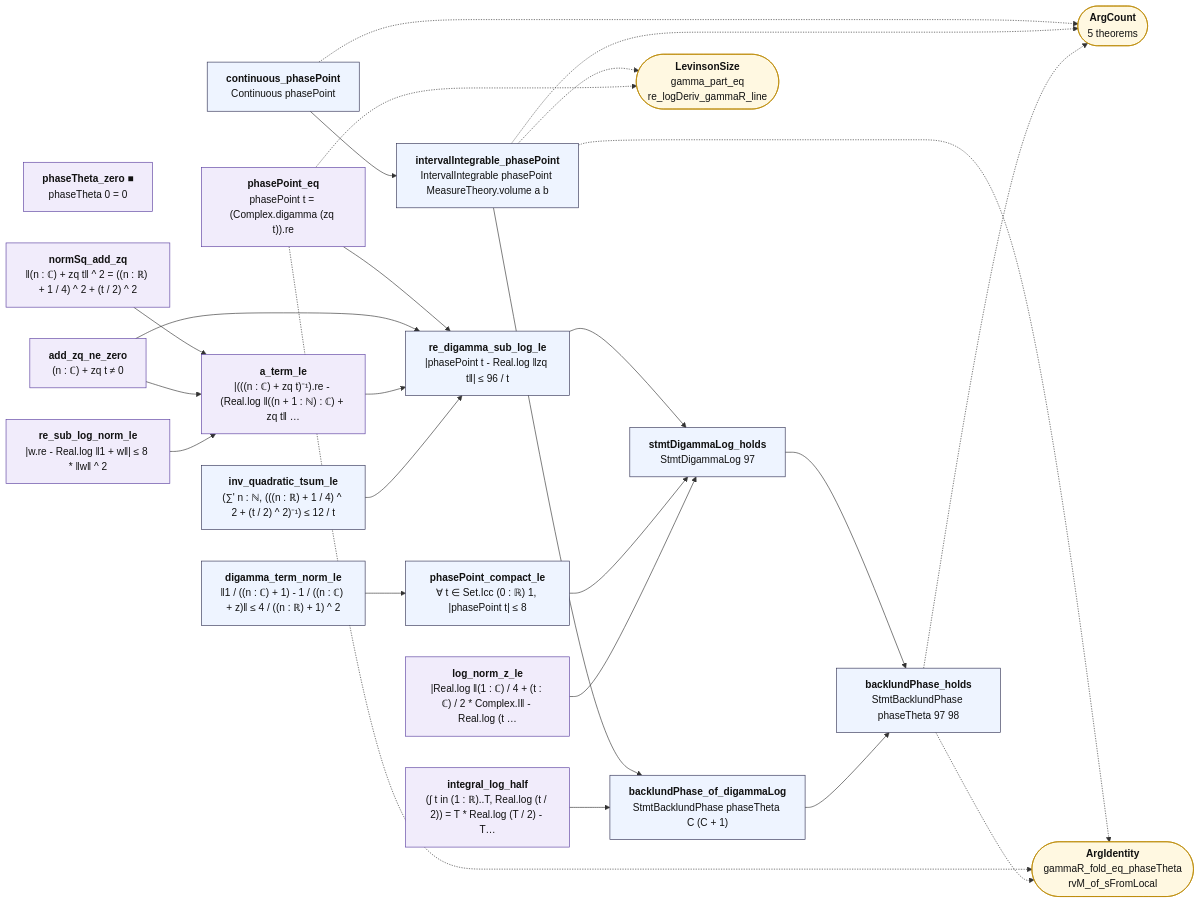
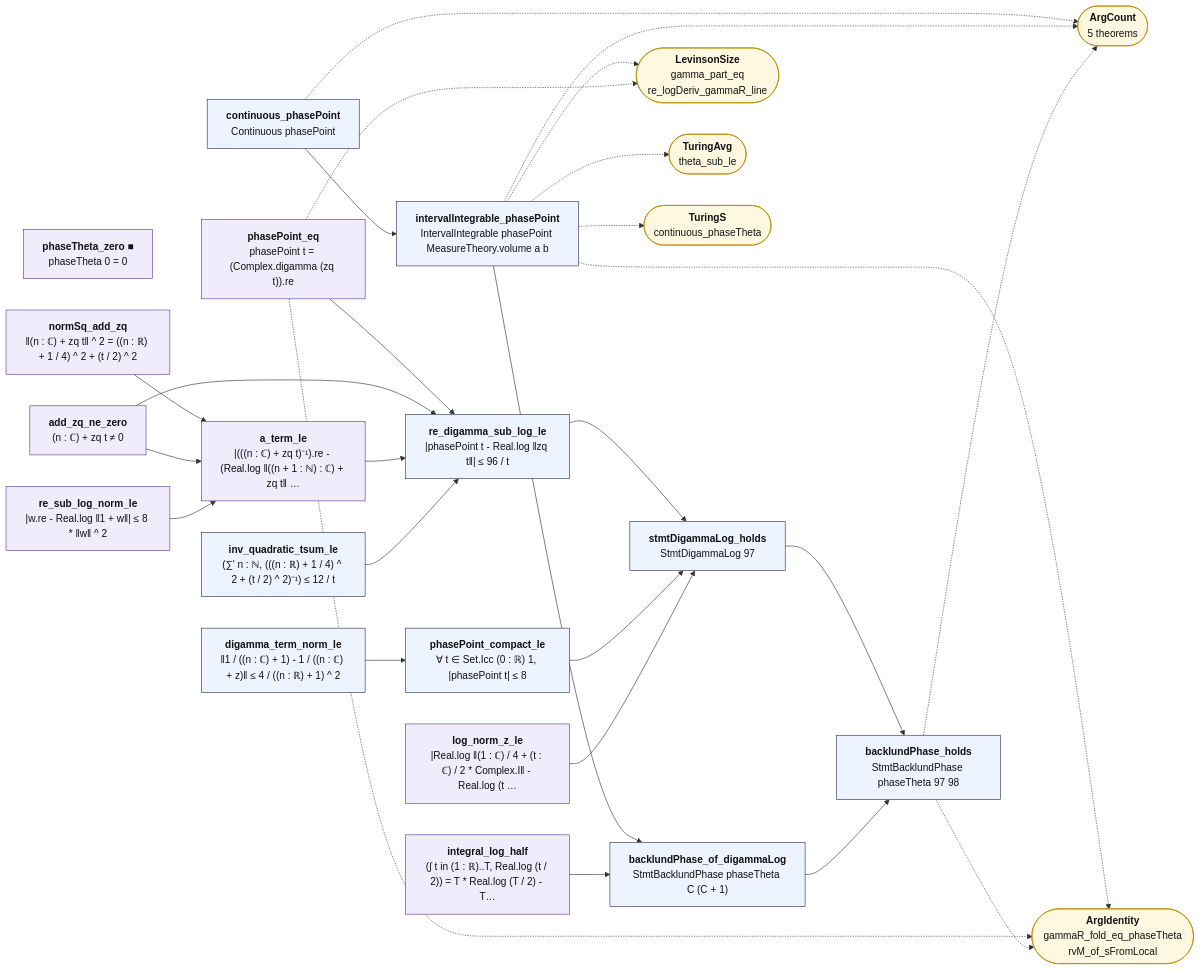
One commit to juliansambranojr/Primebeat_081426 changed the diagram in map/lean_stage3/Stirling.md. Above: the diagram before and after it, drawn with Mermaid. The commit also changed other lines of this file and 32 other files, not shown here.

````diff
--- a/map/lean_stage3/Stirling.md
+++ b/map/lean_stage3/Stirling.md
@@ -12,55 +12,59 @@
 ```mermaid
 flowchart LR
   n0["<b>continuous_phasePoint</b><br/>Continuous phasePoint"]:::thm
   n1["<b>intervalIntegrable_phasePoint</b><br/>IntervalIntegrable phasePoint MeasureTheory.volume a b"]:::thm
   n2["<b>phaseTheta_zero ■</b><br/>phaseTheta 0 = 0"]:::shp
   n3["<b>integral_log_half</b><br/>(∫ t in (1 : ℝ)..T, Real.log (t / 2)) = T * Real.log (T / 2) - T…"]:::shp
   n4["<b>backlundPhase_of_digammaLog</b><br/>StmtBacklundPhase phaseTheta C (C + 1)"]:::thm
   n5["<b>digamma_term_norm_le</b><br/>‖1 / ((n : ℂ) + 1) - 1 / ((n : ℂ) + z)‖ ≤ 4 / ((n : ℝ) + 1) ^ 2"]:::thm
   n6["<b>phasePoint_compact_le</b><br/>∀ t ∈ Set.Icc (0 : ℝ) 1, |phasePoint t| ≤ 8"]:::thm
   n7["<b>log_norm_z_le</b><br/>|Real.log ‖(1 : ℂ) / 4 + (t : ℂ) / 2 * Complex.I‖ - Real.log (t …"]:::shp
   n8["<b>inv_quadratic_tsum_le</b><br/>(∑' n : ℕ, (((n : ℝ) + 1 / 4) ^ 2 + (t / 2) ^ 2)⁻¹) ≤ 12 / t"]:::thm
   n9["<b>re_sub_log_norm_le</b><br/>|w.re - Real.log ‖1 + w‖| ≤ 8 * ‖w‖ ^ 2"]:::shp
   n10["<b>phasePoint_eq</b><br/>phasePoint t = (Complex.digamma (zq t)).re"]:::shp
   n11["<b>normSq_add_zq</b><br/>‖(n : ℂ) + zq t‖ ^ 2 = ((n : ℝ) + 1 / 4) ^ 2 + (t / 2) ^ 2"]:::shp
   n12["<b>add_zq_ne_zero</b><br/>(n : ℂ) + zq t ≠ 0"]:::shp
   n13["<b>a_term_le</b><br/>|(((n : ℂ) + zq t)⁻¹).re - (Real.log ‖((n + 1 : ℕ) : ℂ) + zq t‖ …"]:::shp
   n14["<b>re_digamma_sub_log_le</b><br/>|phasePoint t - Real.log ‖zq t‖| ≤ 96 / t"]:::thm
   n15["<b>stmtDigammaLog_holds</b><br/>StmtDigammaLog 97"]:::thm
   n16["<b>backlundPhase_holds</b><br/>StmtBacklundPhase phaseTheta 97 98"]:::thm
   x0(["<b>ArgCount</b><br/>5 theorems"]):::ext
   x1(["<b>ArgIdentity</b><br/>gammaR_fold_eq_phaseTheta<br/>rvM_of_sFromLocal"]):::ext
   x2(["<b>LevinsonSize</b><br/>gamma_part_eq<br/>re_logDeriv_gammaR_line"]):::ext
+  x3(["<b>TuringAvg</b><br/>theta_sub_le"]):::ext
+  x4(["<b>TuringS</b><br/>continuous_phaseTheta"]):::ext
   n0 --> n1
   n1 --> n4
   n10 --> n14
   n11 --> n13
   n12 --> n13
   n12 --> n14
   n13 --> n14
   n14 --> n15
   n15 --> n16
   n3 --> n4
   n4 --> n16
   n5 --> n6
   n6 --> n15
   n7 --> n15
   n8 --> n14
   n9 --> n13
   n0 -.-> x0
   n1 -.-> x0
   n1 -.-> x1
   n1 -.-> x2
+  n1 -.-> x3
+  n1 -.-> x4
   n10 -.-> x1
   n10 -.-> x2
   n16 -.-> x0
   n16 -.-> x1
   classDef cnt fill:#dff5ec,stroke:#17694a,color:#111
   classDef shp fill:#f1ecfb,stroke:#5b3fa0,color:#111
   classDef rh fill:#ffe5e5,stroke:#c22,color:#111,stroke-width:2px
   classDef thm fill:#eef4ff,stroke:#335,color:#111
   classDef end_ fill:#e7f7e7,stroke:#2a7,color:#111,stroke-width:2px
   classDef lone fill:#fff,stroke:#999,color:#111,stroke-dasharray:4 3
   classDef bad fill:#ffe5e5,stroke:#c22,color:#111,stroke-width:2px
   classDef ext fill:#fff8e1,stroke:#b80,color:#111
 ```
````
